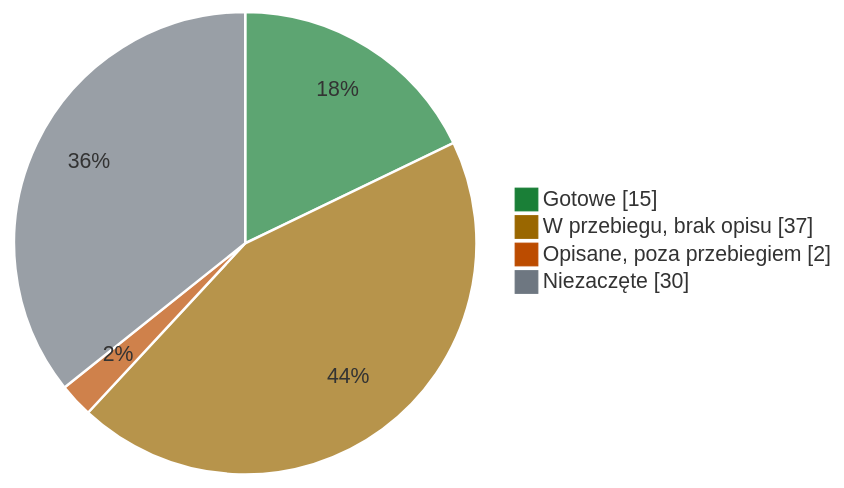
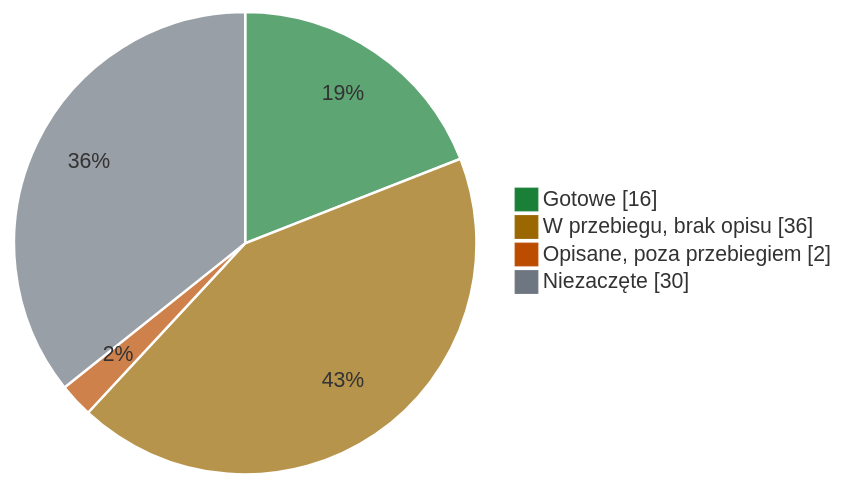
Before and after one commit to slayerlabs/benchmarks-fabryka-ai: the diagram in research/STATUS.md, drawn with Mermaid. The commit also changed other lines of this file and 4 other files, not shown here.

````diff
--- a/research/STATUS.md
+++ b/research/STATUS.md
@@ -14,8 +14,8 @@
 ```mermaid
 %%{init: {'theme': 'base', 'themeVariables': {'pie1': '#1a7f37', 'pie2': '#9a6700', 'pie3': '#bc4c00', 'pie4': '#6e7781', 'pieStrokeColor': '#ffffff', 'pieOuterStrokeWidth': '0px'}}}%%
 pie showData
-    "Gotowe" : 15
-    "W przebiegu, brak opisu" : 37
+    "Gotowe" : 16
+    "W przebiegu, brak opisu" : 36
     "Opisane, poza przebiegiem" : 2
     "Niezaczęte" : 30
 ```
````
